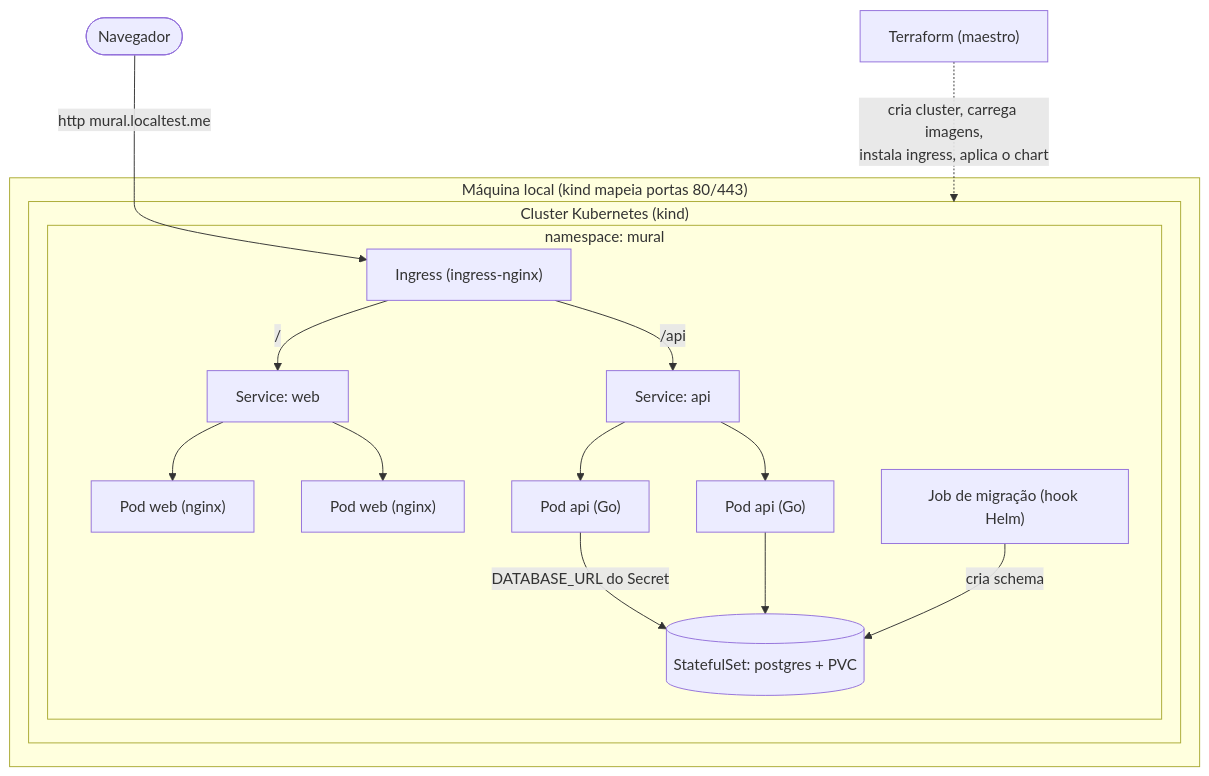
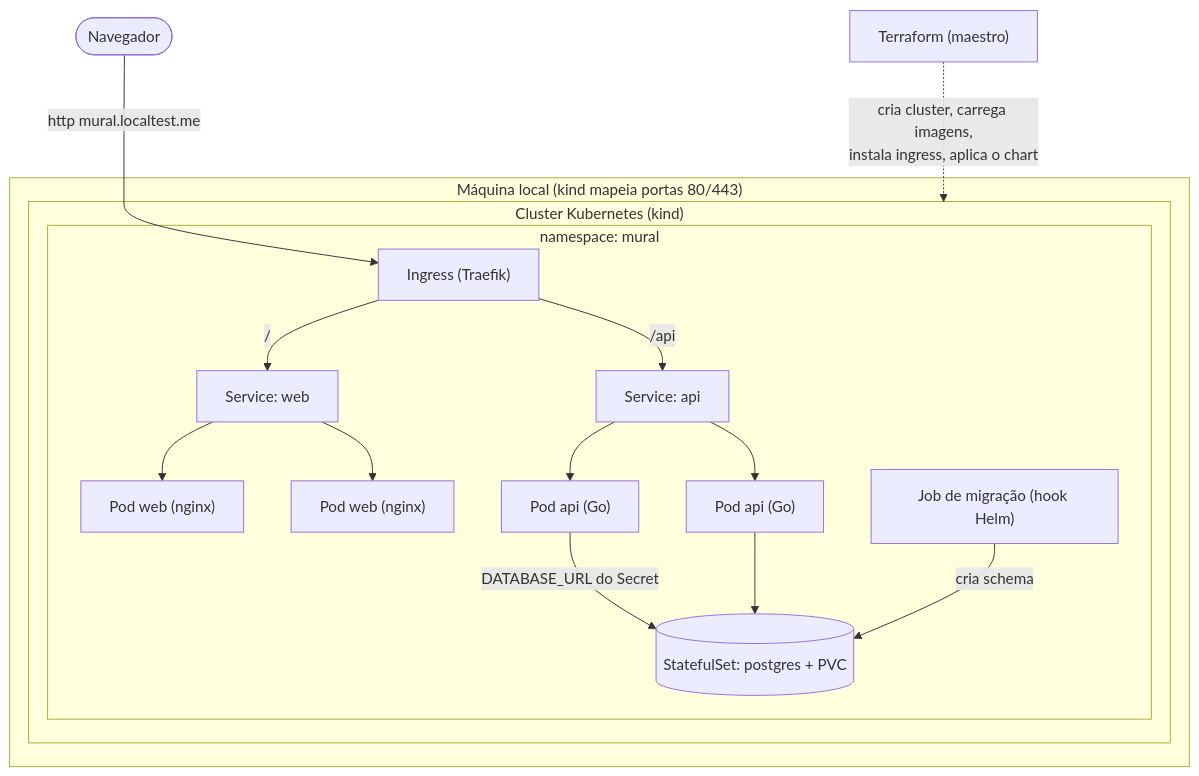
One commit to GuilhermeOliveira591/desafio-docker-kubernetes-and-terraform changed the diagram in docs/arquitetura.md. Above: the diagram before and after it, drawn with Mermaid. The commit also changed other lines of this file and 22 other files, not shown here.

````diff
--- a/docs/arquitetura.md
+++ b/docs/arquitetura.md
@@ -8,28 +8,28 @@
 ```mermaid
 flowchart TB
     user([Navegador]) -->|http mural.localtest.me| ing
 
     subgraph host["Máquina local (kind mapeia portas 80/443)"]
       subgraph cluster["Cluster Kubernetes (kind)"]
-        ing["Ingress (ingress-nginx)"]
+        ing["Ingress (Traefik)"]
 
         subgraph nsapp["namespace: mural"]
           ing -->|/| websvc["Service: web"]
           ing -->|/api| apisvc["Service: api"]
 
           websvc --> web1["Pod web (nginx)"]
           websvc --> web2["Pod web (nginx)"]
 
           apisvc --> api1["Pod api (Go)"]
           apisvc --> api2["Pod api (Go)"]
 
           api1 -->|DATABASE_URL do Secret| pg[("StatefulSet: postgres + PVC")]
           api2 --> pg
 
           job["Job de migração (hook Helm)"] -->|cria schema| pg
         end
       end
     end
 
     tf["Terraform (maestro)"] -.->|cria cluster, carrega imagens,\ninstala ingress, aplica o chart| cluster
 ```
````
